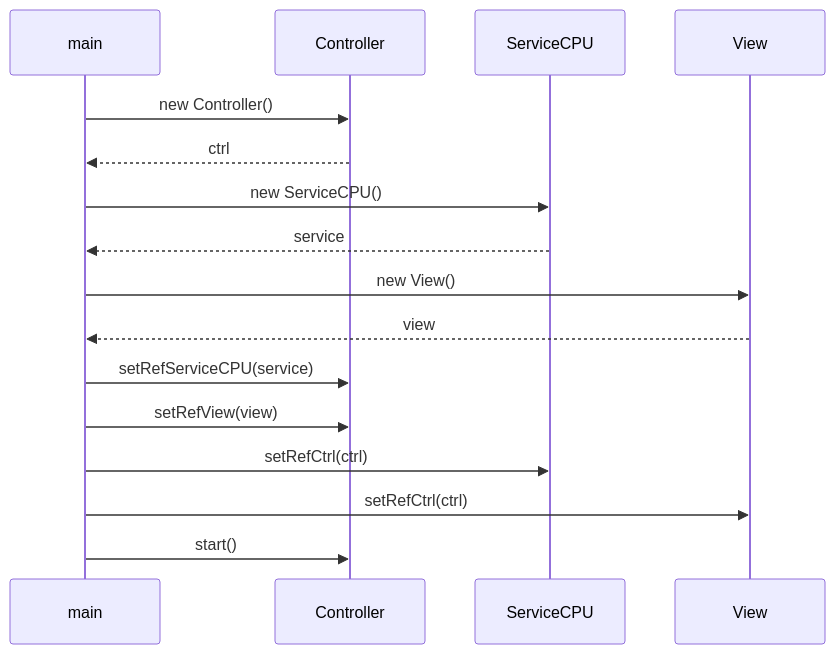
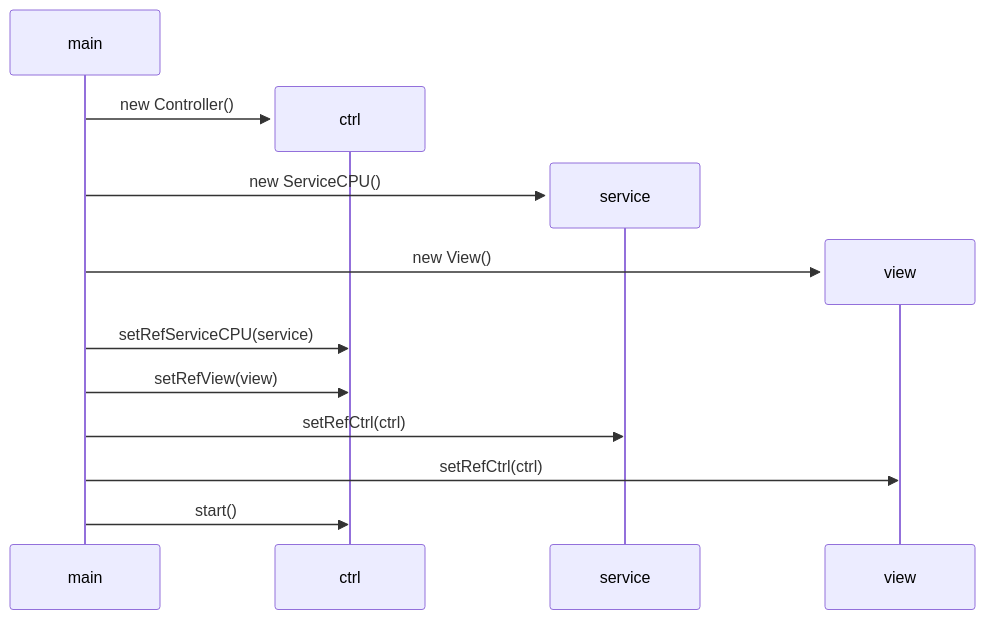
Before and after one commit to emf-info-d400/Ex03-ProcesseursB: the third of 3 diagrams in README.md, drawn with Mermaid. The commit also changed other lines of this file, not shown here.

Commit message:
correction diagramme de séquence

````diff
--- a/README.md
+++ b/README.md
@@ -117,15 +128,20 @@
 ```mermaid
 sequenceDiagram
+
     participant main
+    
+    create participant Controller as ctrl 
     main->>Controller: new Controller()
-    Controller-->>main: ctrl
+
+    create participant ServiceCPU as service 
     main->>ServiceCPU: new ServiceCPU()
-    ServiceCPU-->>main: service
+
+    create participant View as view 
     main->>View: new View()
-    View-->>main: view
+
     main->>Controller: setRefServiceCPU(service)
     main->>Controller: setRefView(view)
     main->>ServiceCPU: setRefCtrl(ctrl)
     main->>View: setRefCtrl(ctrl)
     main->>Controller: start()
 ```
````
